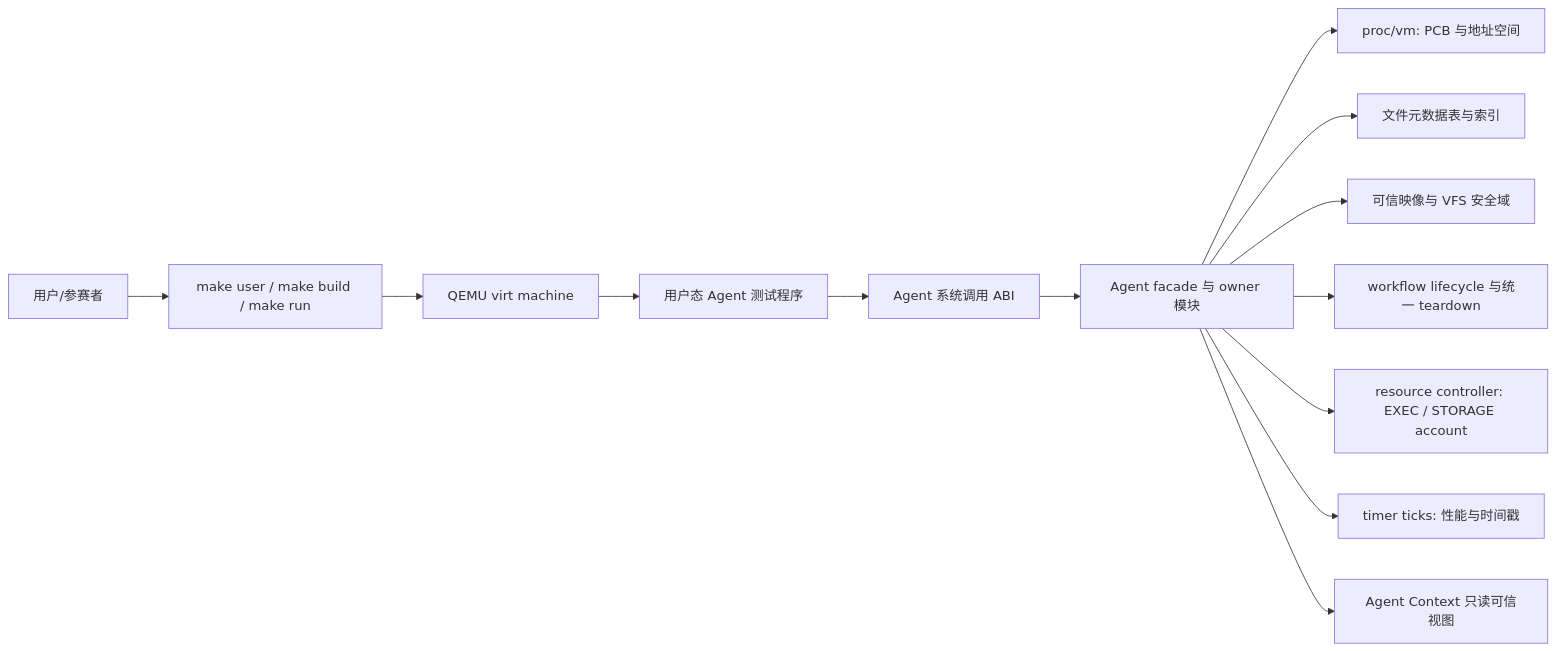
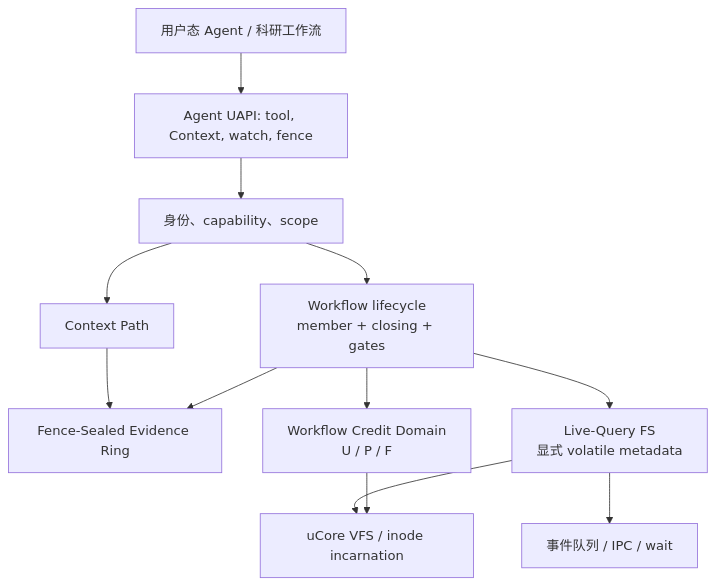
Before and after one commit to yushugulao/Agent-OS: the diagram in docs/agentos/design.md, drawn with Mermaid. The commit also changed other lines of this file and 123 other files, not shown here.

````diff
--- a/docs/agentos/design.md
+++ b/docs/agentos/design.md
@@ -67,15 +19,24 @@
 ```mermaid
-flowchart LR
-    User["用户/参赛者"] --> Build["make user / make build / make run"]
-    Build --> QEMU["QEMU virt machine"]
-    QEMU --> UserAgent["用户态 Agent 测试程序"]
-    UserAgent --> Syscall["Agent 系统调用 ABI"]
-    Syscall --> KernelAgent["Agent facade 与 owner 模块"]
-    KernelAgent --> Proc["proc/vm: PCB 与地址空间"]
-    KernelAgent --> FileMeta["文件元数据表与索引"]
-    KernelAgent --> Trust["可信映像与 VFS 安全域"]
-    KernelAgent --> Lifecycle["workflow lifecycle 与统一 teardown"]
-    KernelAgent --> Resource["resource controller: EXEC / STORAGE account"]
-    KernelAgent --> Clock["timer ticks: 性能与时间戳"]
-    KernelAgent --> Context["Agent Context 只读可信视图"]
+flowchart TB
+  U["用户态 Agent / 科研工作流"]
+  ABI["Agent UAPI: tool, Context, watch, fence"]
+  ID["身份、capability、scope"]
+  LC["Workflow lifecycle\nmember + closing + gates"]
+  CTX["Context Path"]
+  ER["Fence-Sealed Evidence Ring"]
+  CD["Workflow Credit Domain\nU / P / F"]
+  LQ["Live-Query FS\n显式 volatile metadata"]
+  IPC["事件队列 / IPC / wait"]
+  VFS["uCore VFS / inode incarnation"]
+  U --> ABI
+  ABI --> ID
+  ID --> LC
+  ID --> CTX
+  CTX --> ER
+  LC --> ER
+  LC --> CD
+  LC --> LQ
+  LQ --> IPC
+  LQ --> VFS
+  CD --> VFS
 ```
````
